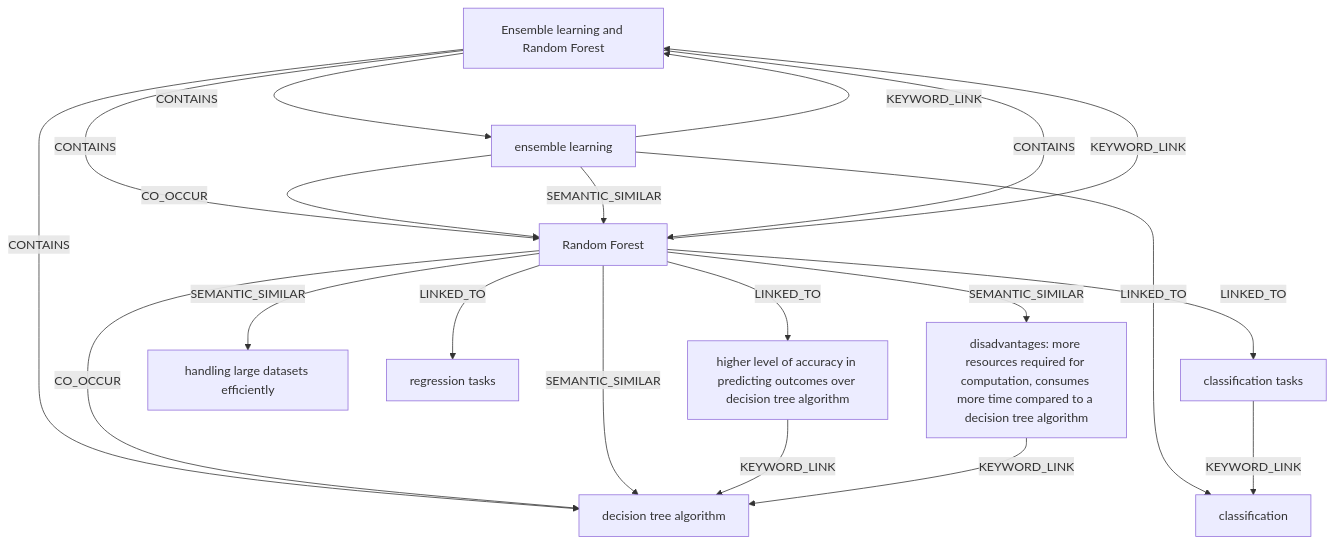
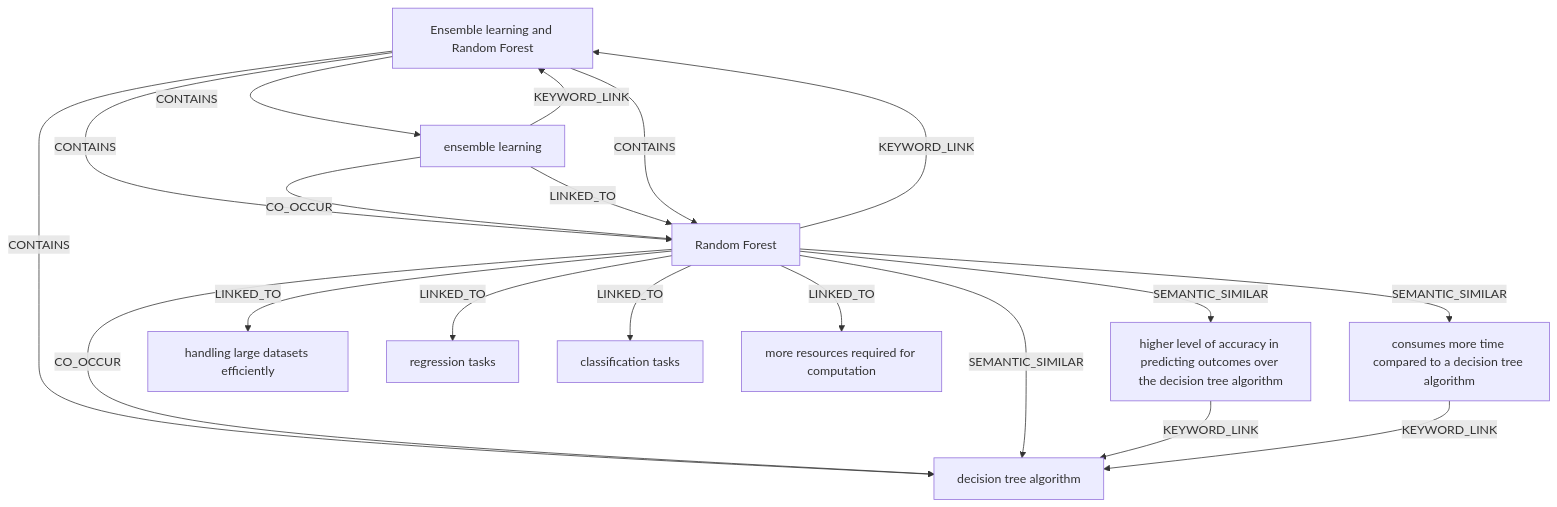
One commit to ankit-sengupta05/cyborg changed the diagram in AI_OS/Ontology/Ontology_Machine_Learning_Algorithms.md. Above: the diagram before and after it, drawn with Mermaid. The commit also changed other lines of this file and 12 other files, not shown here.

````diff
--- a/AI_OS/Ontology/Ontology_Machine_Learning_Algorithms.md
+++ b/AI_OS/Ontology/Ontology_Machine_Learning_Algorithms.md
@@ -26,32 +26,31 @@
 ```mermaid
 graph TD
-    n0["Ensemble learning and Random Forest"]
-    n1["classification"]
-    n2["higher level of accuracy in predicting outcomes over decision tree algorithm"]
-    n3["decision tree algorithm"]
-    n4["disadvantages: more resources required for computation, consumes more time compared to a decision tree algorithm"]
-    n5["handling large datasets efficiently"]
-    n6["Random Forest"]
-    n7["ensemble learning"]
-    n8["regression tasks"]
-    n9["classification tasks"]
-    n7 -->|KEYWORD_LINK| n0
-    n0 -->|CONTAINS| n7
-    n6 -->|KEYWORD_LINK| n0
-    n0 -->|CONTAINS| n6
-    n7 -->|CO_OCCUR| n6
-    n7 -->|SEMANTIC_SIMILAR| n6
-    n7 -->|LINKED_TO| n1
-    n0 -->|CONTAINS| n6
-    n0 -->|CONTAINS| n3
-    n6 -->|CO_OCCUR| n3
-    n6 -->|SEMANTIC_SIMILAR| n3
-    n6 -->|LINKED_TO| n8
-    n9 -->|KEYWORD_LINK| n1
-    n6 -->|LINKED_TO| n9
-    n6 -->|SEMANTIC_SIMILAR| n5
-    n2 -->|KEYWORD_LINK| n3
-    n6 -->|LINKED_TO| n2
-    n4 -->|KEYWORD_LINK| n3
-    n6 -->|SEMANTIC_SIMILAR| n4
+    n0["higher level of accuracy in predicting outcomes over the decision tree algorithm"]
+    n1["consumes more time compared to a decision tree algorithm"]
+    n2["handling large datasets efficiently"]
+    n3["regression tasks"]
+    n4["decision tree algorithm"]
+    n5["classification tasks"]
+    n6["more resources required for computation"]
+    n7["Ensemble learning and Random Forest"]
+    n8["Random Forest"]
+    n9["ensemble learning"]
+    n9 -->|KEYWORD_LINK| n7
+    n7 -->|CONTAINS| n9
+    n8 -->|KEYWORD_LINK| n7
+    n7 -->|CONTAINS| n8
+    n9 -->|CO_OCCUR| n8
+    n9 -->|LINKED_TO| n8
+    n7 -->|CONTAINS| n8
+    n7 -->|CONTAINS| n4
+    n8 -->|CO_OCCUR| n4
+    n8 -->|SEMANTIC_SIMILAR| n4
+    n8 -->|LINKED_TO| n3
+    n8 -->|LINKED_TO| n5
+    n8 -->|LINKED_TO| n2
+    n0 -->|KEYWORD_LINK| n4
+    n8 -->|SEMANTIC_SIMILAR| n0
+    n8 -->|LINKED_TO| n6
+    n1 -->|KEYWORD_LINK| n4
+    n8 -->|SEMANTIC_SIMILAR| n1
 ```
````
